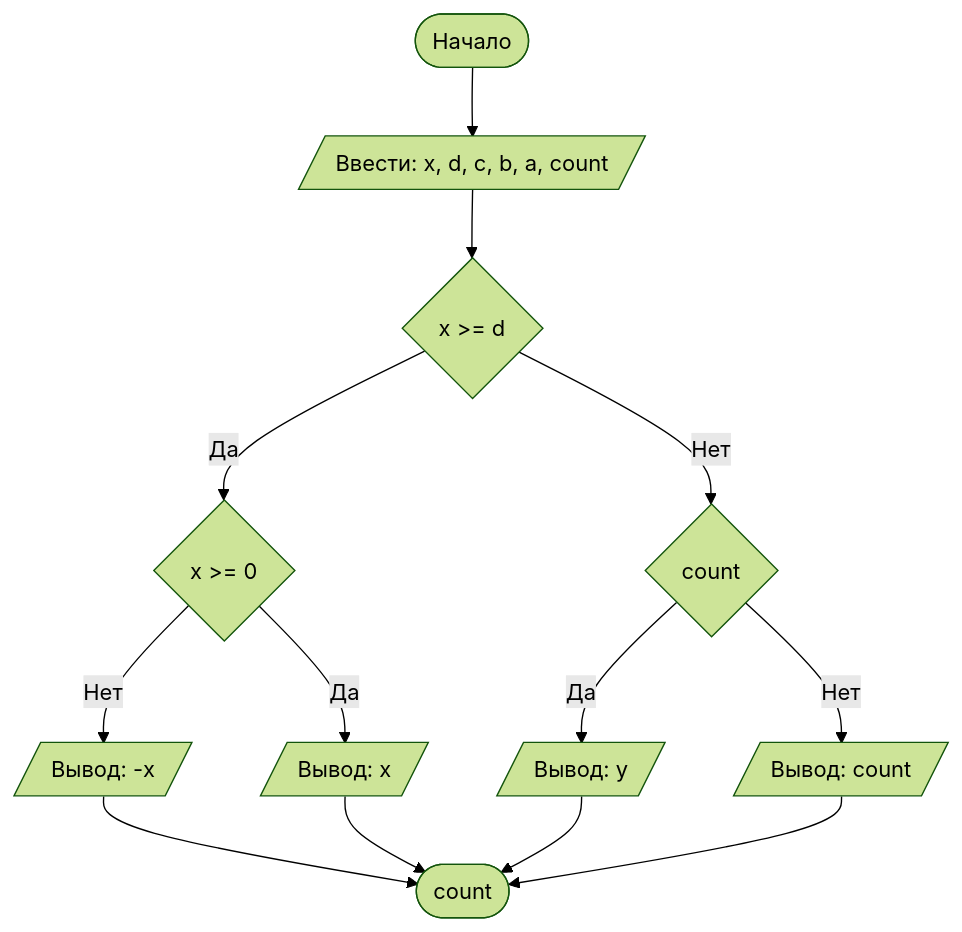
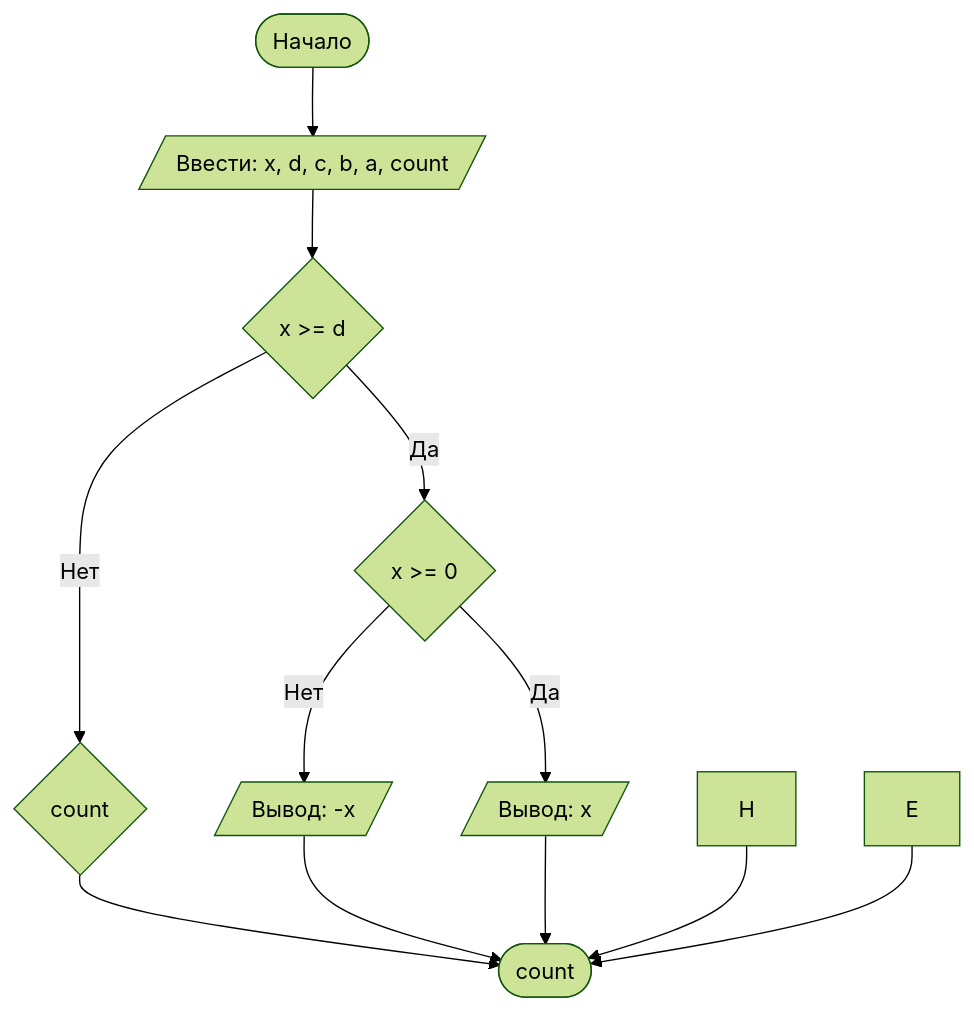
The diagram in README.md (yantselovskiy5667/Lab1), drawn with Mermaid (forest theme) before and after one commit.

````diff
--- a/README.md
+++ b/README.md
@@ -117,16 +117,15 @@
 ```mermaid
 graph TD
     A([Начало]) --> B[/Ввести: x, d, c, b, a, count /]
     B --> C{x >= d}
     C -- Нет --> D{count}
-    D -- Нет --> E[/Вывод: count/]
-    D -- Да --> H[/Вывод: y/]
+    D -->Z
     C -- Да --> I{x >= 0}
     I -- Нет --> J[/Вывод: -x/]
     I -- Да --> K[/Вывод: x/]
     J --> Z
     K --> Z
     H --> Z
     E --> Z([count])
 
 ```
````
